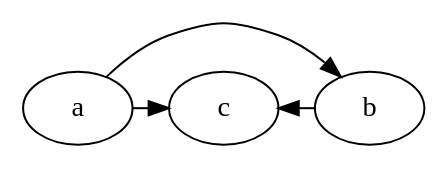
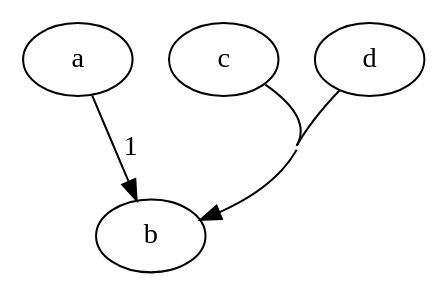
One commit to sisyphus1212/note changed the diagram in dpdk/内存管理.md. Above: the diagram before and after it, drawn with Graphviz.

Commit message:
auto_update

````diff
--- a/dpdk/内存管理.md
+++ b/dpdk/内存管理.md
@@ -16,7 +16,8 @@
 ```graphviz
-digraph G {
-  a -> c [constraint=false];
-  a -> b [constraint=false];
-  b -> c [constraint=false];
+digraph {
+    concentrate=true
+    a -> b [label="1"]
+    c -> b
+    d -> b
 }
 ```
````
